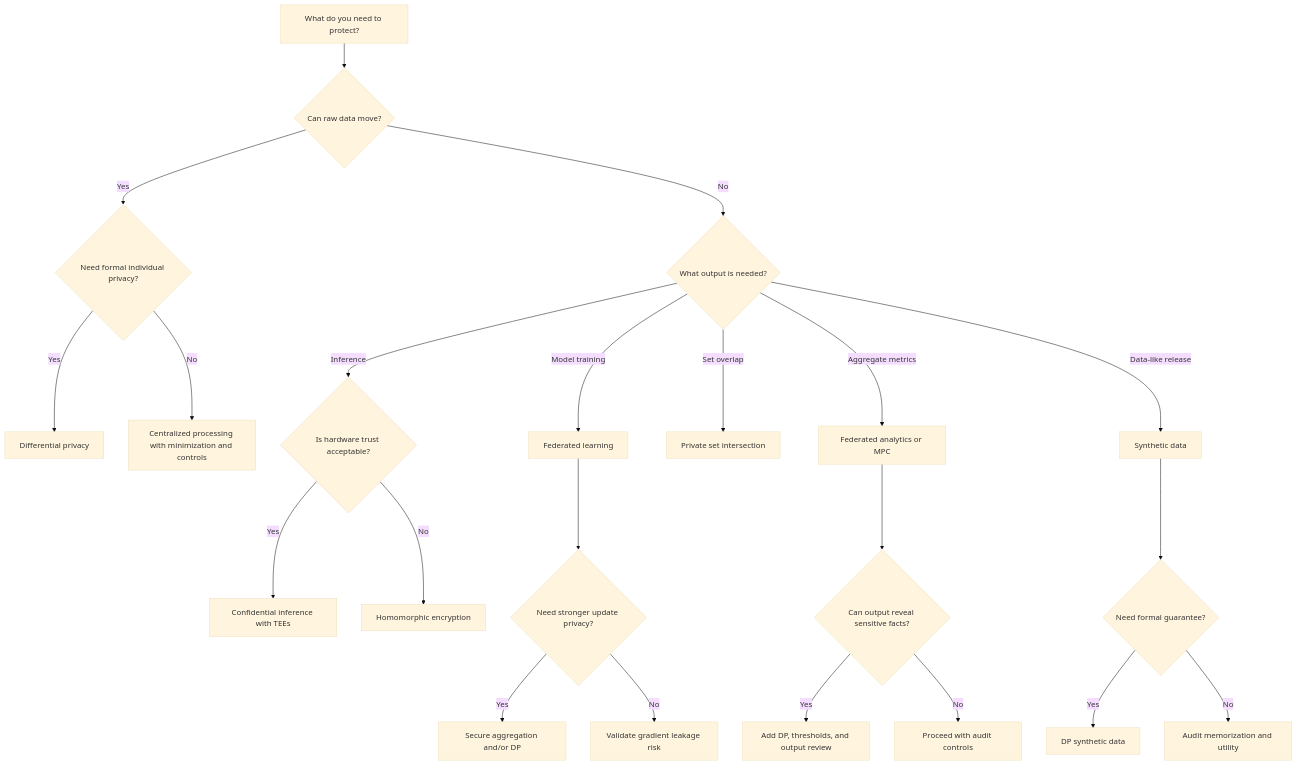
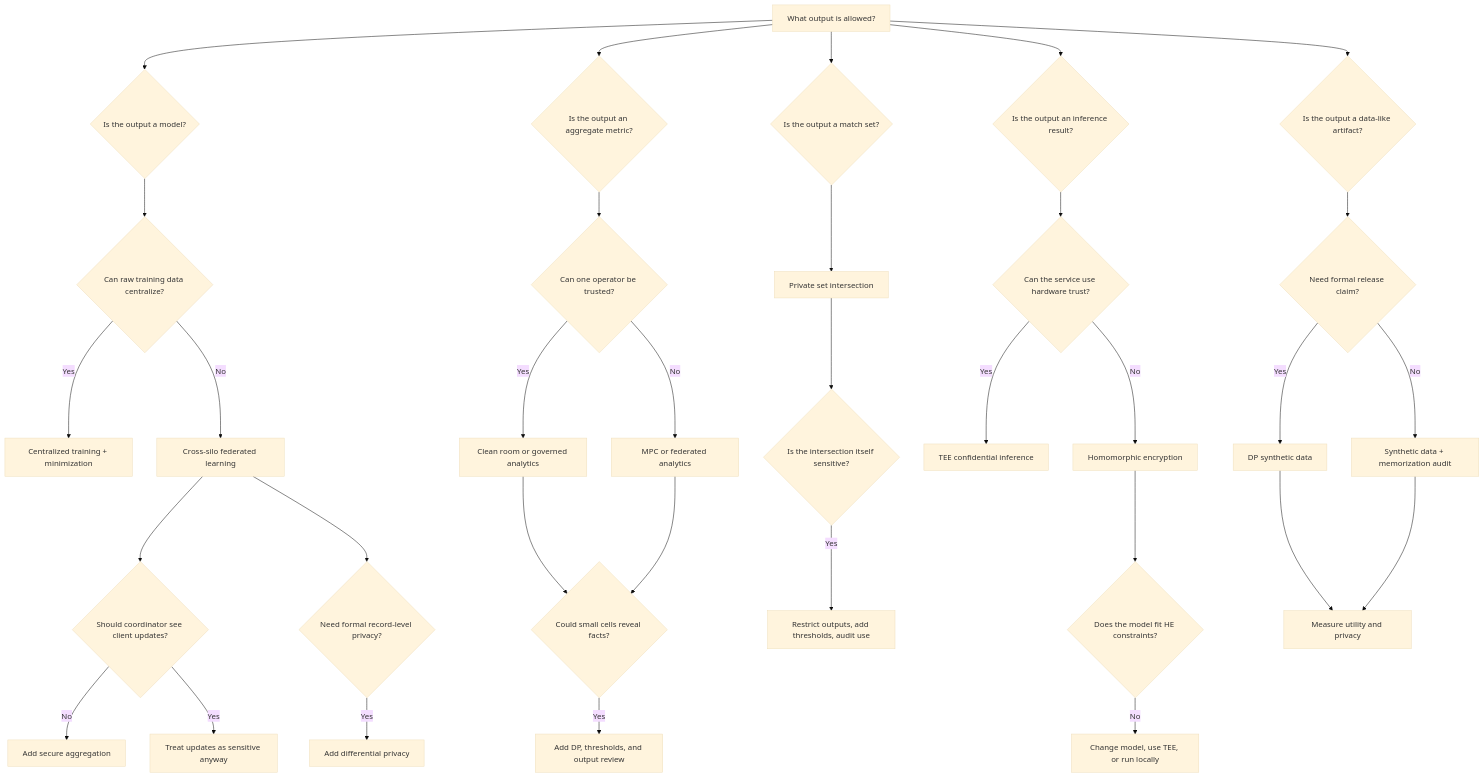
One commit to I-Love-PETs/i-love-pets.github.io changed the diagram in docs/pet-compass/decision-tree.md. Above: the diagram before and after it, drawn with Mermaid (base theme). The commit also changed other lines of this file and 2 other files, not shown here.

````diff
--- a/docs/pet-compass/decision-tree.md
+++ b/docs/pet-compass/decision-tree.md
@@ -3,24 +5,40 @@
 ```mermaid
 flowchart TD
-  A[What do you need to protect?] --> B{Can raw data move?}
-  B -->|Yes| C{Need formal individual privacy?}
-  B -->|No| D{What output is needed?}
-  C -->|Yes| E[Differential privacy]
-  C -->|No| F[Centralized processing with minimization and controls]
-  D -->|Model training| G[Federated learning]
-  D -->|Aggregate metrics| H[Federated analytics or MPC]
-  D -->|Set overlap| I[Private set intersection]
-  D -->|Inference| J{Is hardware trust acceptable?}
-  D -->|Data-like release| K[Synthetic data]
-  J -->|Yes| L[Confidential inference with TEEs]
-  J -->|No| M[Homomorphic encryption]
-  G --> N{Need stronger update privacy?}
-  N -->|Yes| O[Secure aggregation and/or DP]
-  N -->|No| P[Validate gradient leakage risk]
-  H --> Q{Can output reveal sensitive facts?}
-  Q -->|Yes| R[Add DP, thresholds, and output review]
-  Q -->|No| S[Proceed with audit controls]
-  K --> T{Need formal guarantee?}
-  T -->|Yes| U[DP synthetic data]
-  T -->|No| V[Audit memorization and utility]
+  A[What output is allowed?] --> B{Is the output a model?}
+  A --> C{Is the output an aggregate metric?}
+  A --> D{Is the output a match set?}
+  A --> E{Is the output an inference result?}
+  A --> F{Is the output a data-like artifact?}
+
+  B --> B1{Can raw training data centralize?}
+  B1 -->|Yes| B2[Centralized training + minimization]
+  B1 -->|No| B3[Cross-silo federated learning]
+  B3 --> B4{Should coordinator see client updates?}
+  B4 -->|No| B5[Add secure aggregation]
+  B4 -->|Yes| B6[Treat updates as sensitive anyway]
+  B3 --> B7{Need formal record-level privacy?}
+  B7 -->|Yes| B8[Add differential privacy]
+
+  C --> C1{Can one operator be trusted?}
+  C1 -->|Yes| C2[Clean room or governed analytics]
+  C1 -->|No| C3[MPC or federated analytics]
+  C2 --> C4{Could small cells reveal facts?}
+  C3 --> C4
+  C4 -->|Yes| C5[Add DP, thresholds, and output review]
+
+  D --> D1[Private set intersection]
+  D1 --> D2{Is the intersection itself sensitive?}
+  D2 -->|Yes| D3[Restrict outputs, add thresholds, audit use]
+
+  E --> E1{Can the service use hardware trust?}
+  E1 -->|Yes| E2[TEE confidential inference]
+  E1 -->|No| E3[Homomorphic encryption]
+  E3 --> E4{Does the model fit HE constraints?}
+  E4 -->|No| E5[Change model, use TEE, or run locally]
+
+  F --> F1{Need formal release claim?}
+  F1 -->|Yes| F2[DP synthetic data]
+  F1 -->|No| F3[Synthetic data + memorization audit]
+  F2 --> F4[Measure utility and privacy]
+  F3 --> F4
 ```
````
